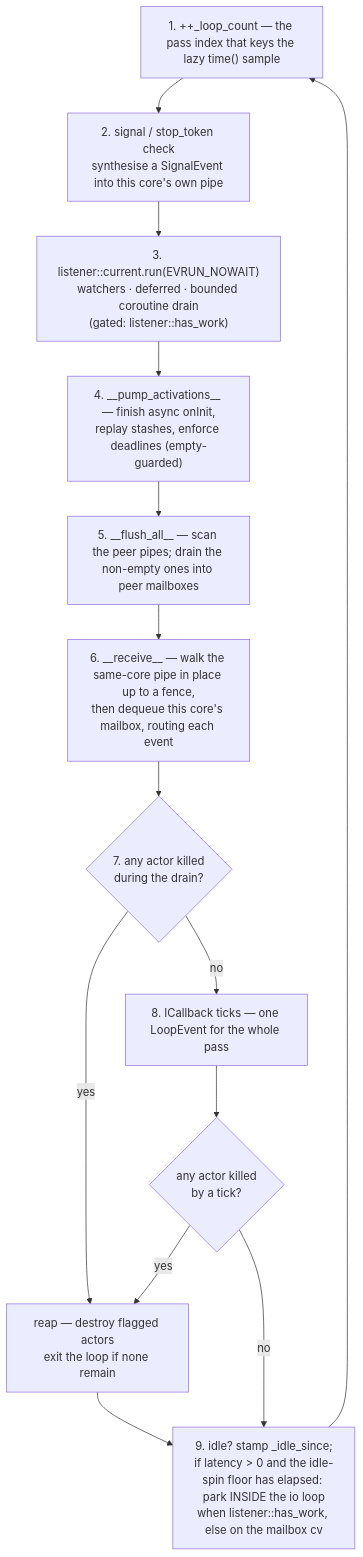
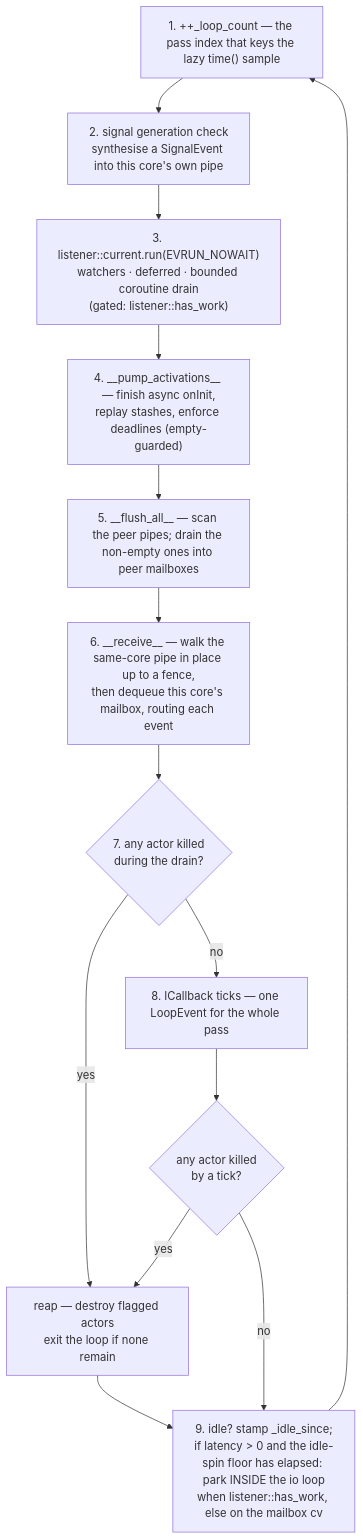
Before and after one commit to isndev/qb: the second of 3 diagrams in readme/4_qb_core/engine.md, drawn with Mermaid. The commit also changed other lines of this file and 37 other files, not shown here.

````diff
--- a/readme/4_qb_core/engine.md
+++ b/readme/4_qb_core/engine.md
@@ -203,16 +203,16 @@
 ```mermaid
 flowchart TD
     T["1. ++_loop_count — the pass index that keys the lazy time() sample"] --> S
-    S["2. signal / stop_token check<br/>synthesise a SignalEvent into this core's own pipe"] --> IO
+    S["2. signal generation check<br/>synthesise a SignalEvent into this core's own pipe"] --> IO
     IO["3. listener::current.run(EVRUN_NOWAIT)<br/>watchers · deferred · bounded coroutine drain<br/>(gated: listener::has_work)"] --> ACT
     ACT["4. __pump_activations__ — finish async onInit,<br/>replay stashes, enforce deadlines (empty-guarded)"] --> FL
     FL["5. __flush_all__ — scan the peer pipes; drain the non-empty ones into peer mailboxes"] --> RC
     RC["6. __receive__ — walk the same-core pipe in place up to a fence,<br/>then dequeue this core's mailbox, routing each event"] --> K1
     K1{"7. any actor killed<br/>during the drain?"} -->|yes| REAP
     K1 -->|no| CB
     CB["8. ICallback ticks — one LoopEvent for the whole pass"] --> K2
     K2{"any actor killed<br/>by a tick?"} -->|yes| REAP
     K2 -->|no| IDLE
     REAP["reap — destroy flagged actors<br/>exit the loop if none remain"] --> IDLE
     IDLE["9. idle? stamp _idle_since;<br/>if latency &gt; 0 and the idle-spin floor has elapsed: park INSIDE the io loop<br/>when listener::has_work, else on the mailbox cv"] --> T
 ```
````
